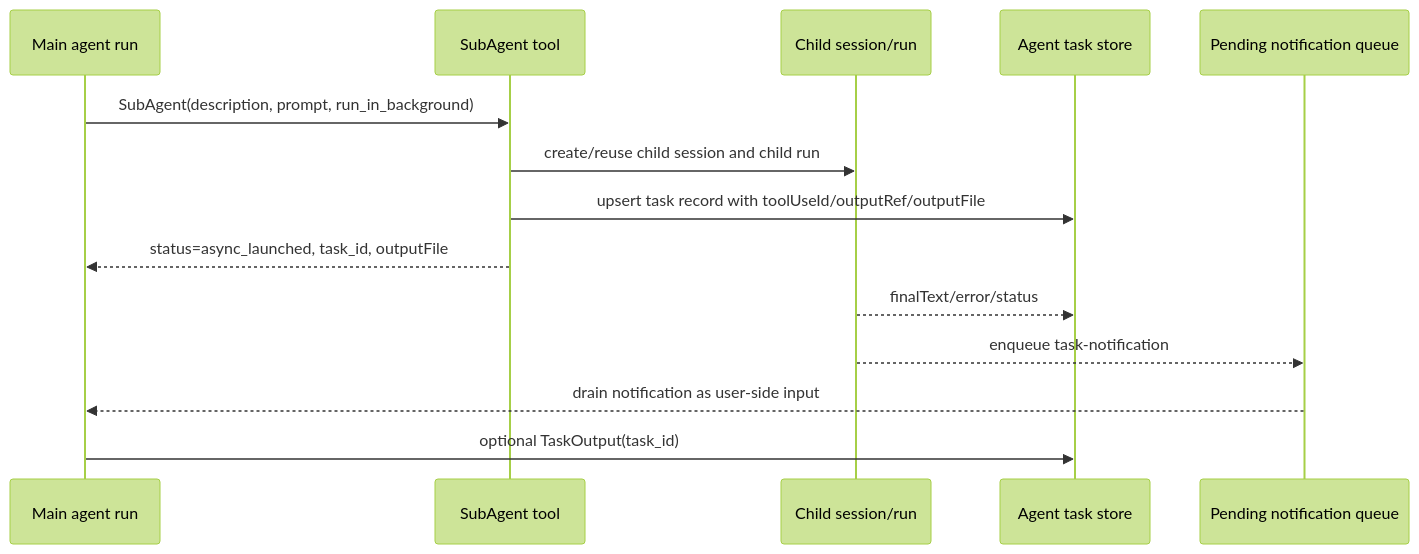
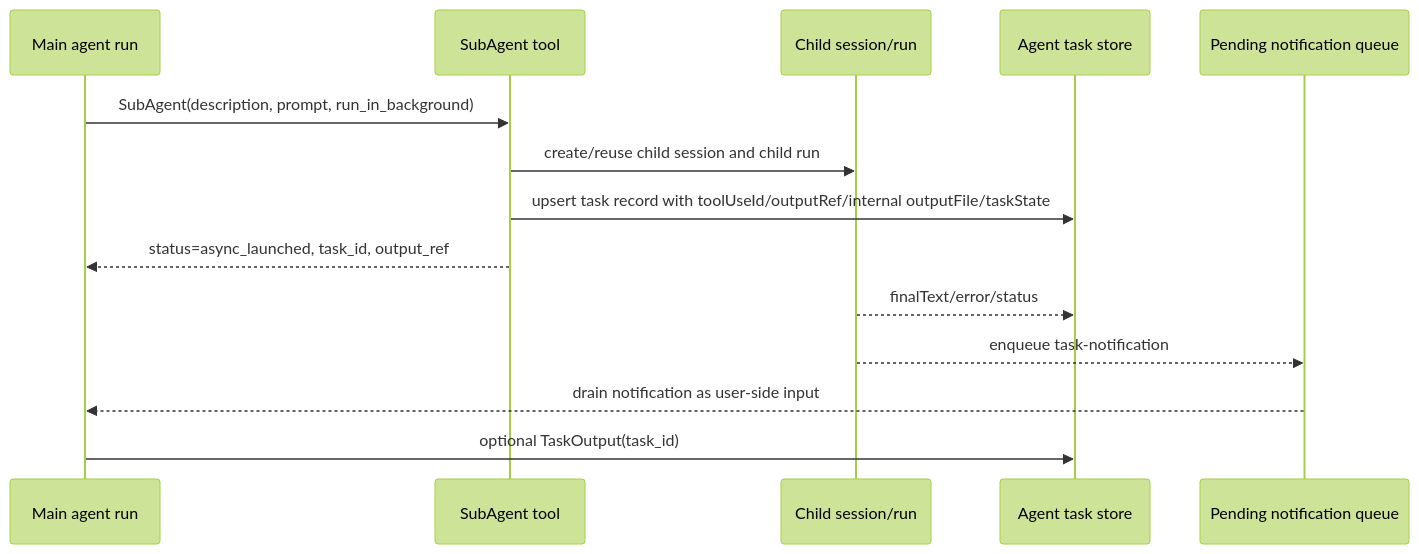
Before and after one commit to fantasy-99/OpenAgentHarness: the diagram in docs/engine/subagent-orchestration.md, drawn with Mermaid (forest theme). The commit also changed other lines of this file and 19 other files, not shown here.

Commit message:
Align subagent lifecycle and task output with Claude Code

````diff
--- a/docs/engine/subagent-orchestration.md
+++ b/docs/engine/subagent-orchestration.md
@@ -120,17 +136,17 @@
 ```mermaid
 sequenceDiagram
     participant Main as Main agent run
     participant Tool as SubAgent tool
     participant Child as Child session/run
     participant Store as Agent task store
     participant Queue as Pending notification queue
 
     Main->>Tool: SubAgent(description, prompt, run_in_background)
     Tool->>Child: create/reuse child session and child run
-    Tool->>Store: upsert task record with toolUseId/outputRef/outputFile
-    Tool-->>Main: status=async_launched, task_id, outputFile
+    Tool->>Store: upsert task record with toolUseId/outputRef/internal outputFile/taskState
+    Tool-->>Main: status=async_launched, task_id, output_ref
     Child-->>Store: finalText/error/status
     Child-->>Queue: enqueue task-notification
     Queue-->>Main: drain notification as user-side input
     Main->>Store: optional TaskOutput(task_id)
 ```
````
